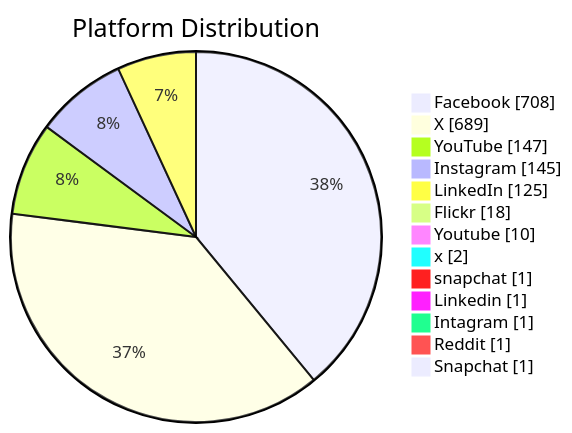
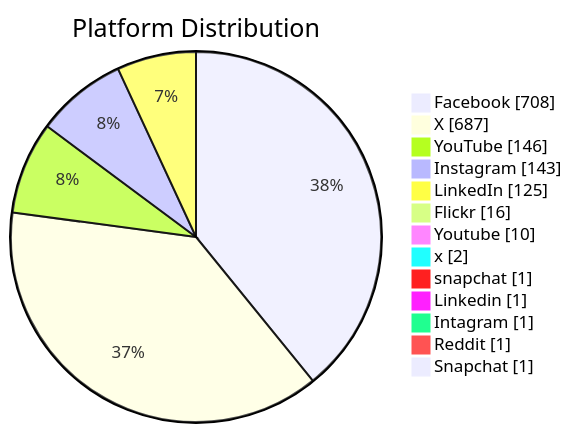
Before and after one commit to PatLittle/GC-Socials: the second of 6 diagrams in README.md, drawn with Mermaid. The commit also changed other lines of this file, not shown here.

Commit message:
Update README with Platform Distribution pie chart

````diff
--- a/README.md
+++ b/README.md
@@ -47,16 +47,16 @@
 ```mermaid
 pie showData title Platform Distribution
     "Facebook": 708
-    "X": 689
-    "YouTube": 147
-    "Instagram": 145
+    "X": 687
+    "YouTube": 146
+    "Instagram": 143
     "LinkedIn": 125
-    "Flickr": 18
+    "Flickr": 16
     "Youtube": 10
     "x": 2
     "snapchat": 1
     "Linkedin": 1
     "Intagram": 1
     "Reddit": 1
     "Snapchat": 1
 ```
````
